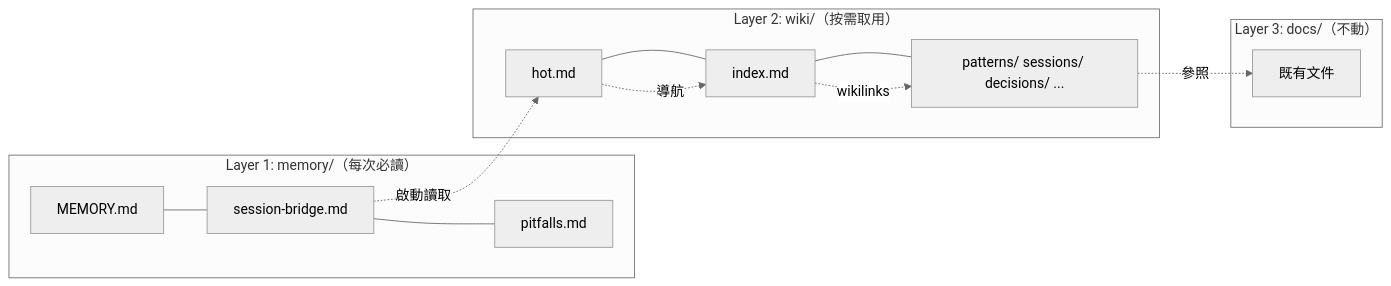
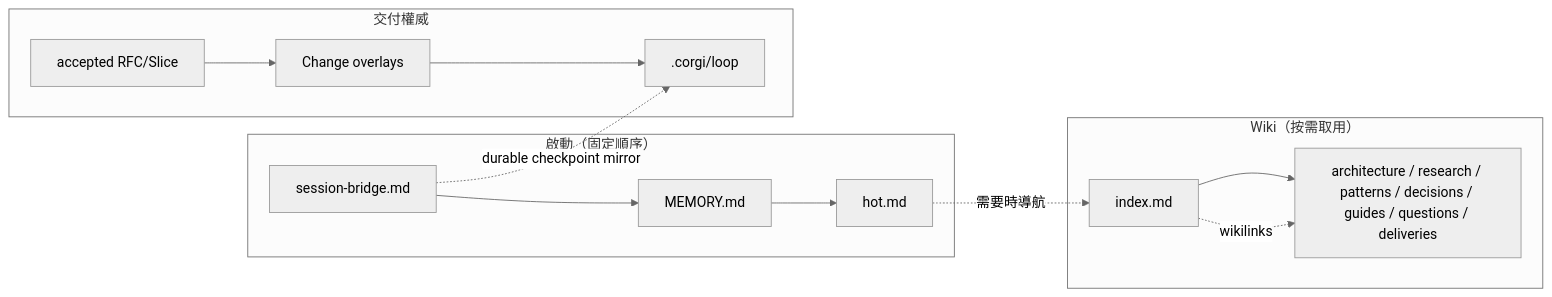
The diagram in README.zh-TW.md (ricoyudog/Coding_Corgi_flow), drawn with Mermaid (neutral theme) before and after one commit. The commit also changed other lines of this file and 263 other files, not shown here.

````diff
--- a/README.zh-TW.md
+++ b/README.zh-TW.md
@@ -225,17 +225,16 @@
 ```mermaid
 flowchart LR
-    subgraph "Layer 1: memory/（每次必讀）"
-        A["MEMORY.md"] --- B["session-bridge.md"] --- C["pitfalls.md"]
+    subgraph "啟動（固定順序）"
+        B["session-bridge.md"] --> A["MEMORY.md"] --> D["hot.md"]
     end
-    subgraph "Layer 2: wiki/（按需取用）"
-        D["hot.md"] --- E["index.md"] --- F["patterns/ sessions/ decisions/ ..."]
+    subgraph "Wiki（按需取用）"
+        E["index.md"] --> F["architecture / research / patterns / decisions / guides / questions / deliveries"]
     end
-    subgraph "Layer 3: docs/（不動）"
-        G["既有文件"]
+    subgraph "交付權威"
+        G["accepted RFC/Slice"] --> H["Change overlays"] --> I[".corgi/loop"]
     end
 
-    B -.->|"啟動讀取"| D
-    D -.->|"導航"| E
+    D -.->|"需要時導航"| E
     E -.->|"wikilinks"| F
-    F -.->|"參照"| G
+    B -.->|"durable checkpoint mirror"| I
 ```
````
